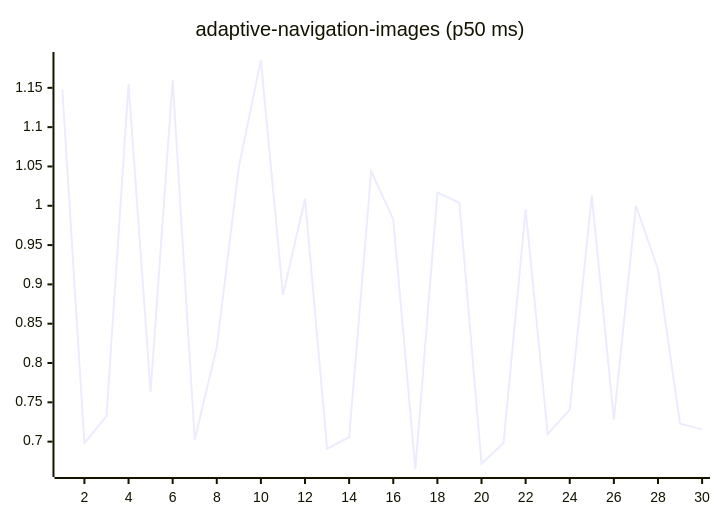
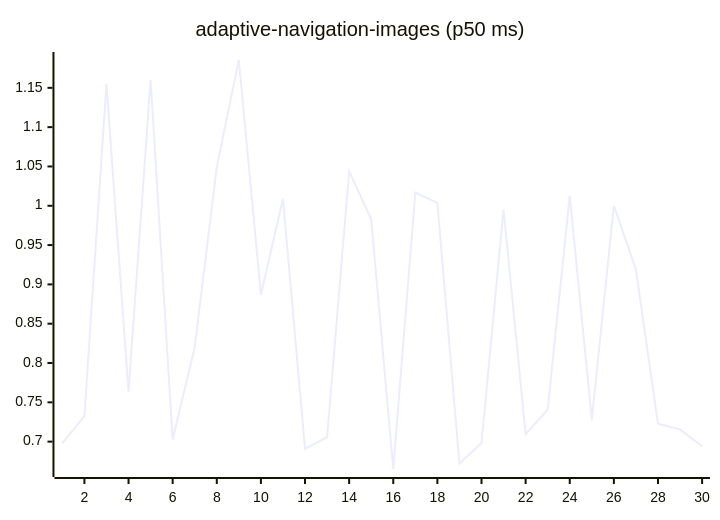
Before and after one commit to josha/Facet: the first of 27 diagrams in README.md, drawn with Mermaid. The commit also changed other lines of this file and 2 other files, not shown here.

````diff
--- a/README.md
+++ b/README.md
@@ -63,6 +63,6 @@
 ```mermaid
 xychart-beta
     title "adaptive-navigation-images (p50 ms)"
     x-axis 1 --> 30
-    line [1.1478, 0.6980, 0.7325, 1.1549, 0.7635, 1.1603, 0.7028, 0.8201, 1.0494, 1.1854, 0.8867, 1.0090, 0.6909, 0.7058, 1.0439, 0.9829, 0.6652, 1.0169, 1.0037, 0.6721, 0.6983, 0.9956, 0.7094, 0.7407, 1.0129, 0.7280, 1.0000, 0.9189, 0.7227, 0.7156]
+    line [0.6980, 0.7325, 1.1549, 0.7635, 1.1603, 0.7028, 0.8201, 1.0494, 1.1854, 0.8867, 1.0090, 0.6909, 0.7058, 1.0439, 0.9829, 0.6652, 1.0169, 1.0037, 0.6721, 0.6983, 0.9956, 0.7094, 0.7407, 1.0129, 0.7280, 1.0000, 0.9189, 0.7227, 0.7156, 0.6941]
 ```
````
